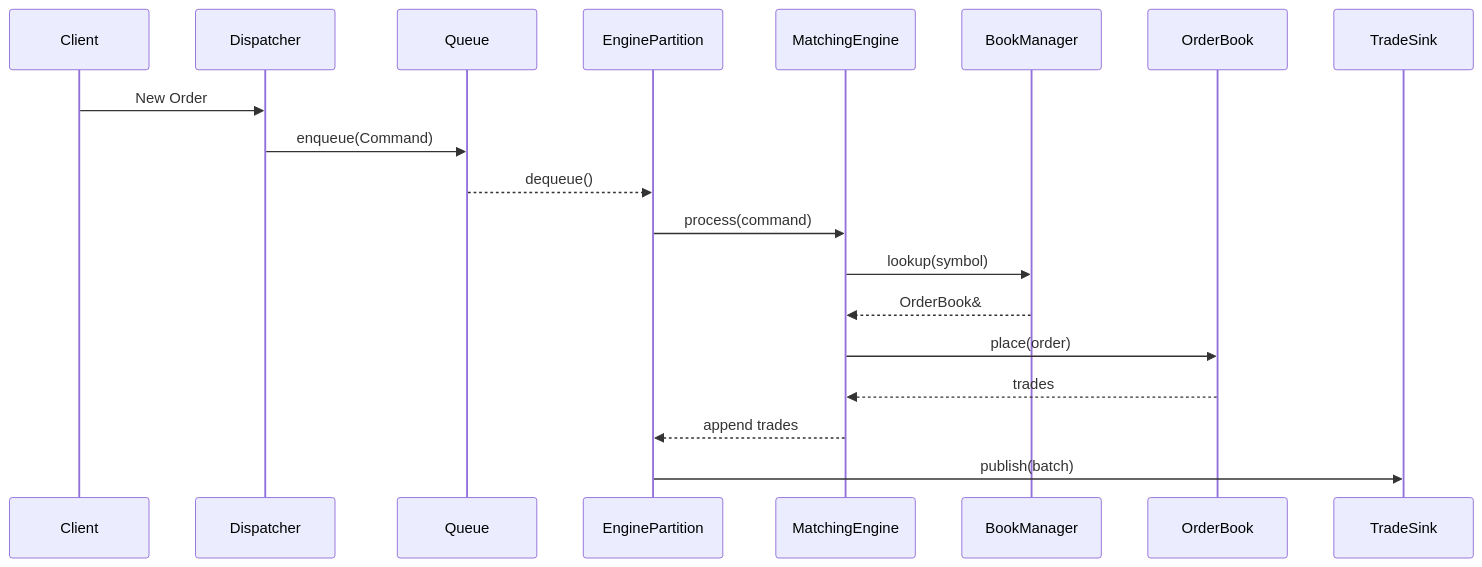
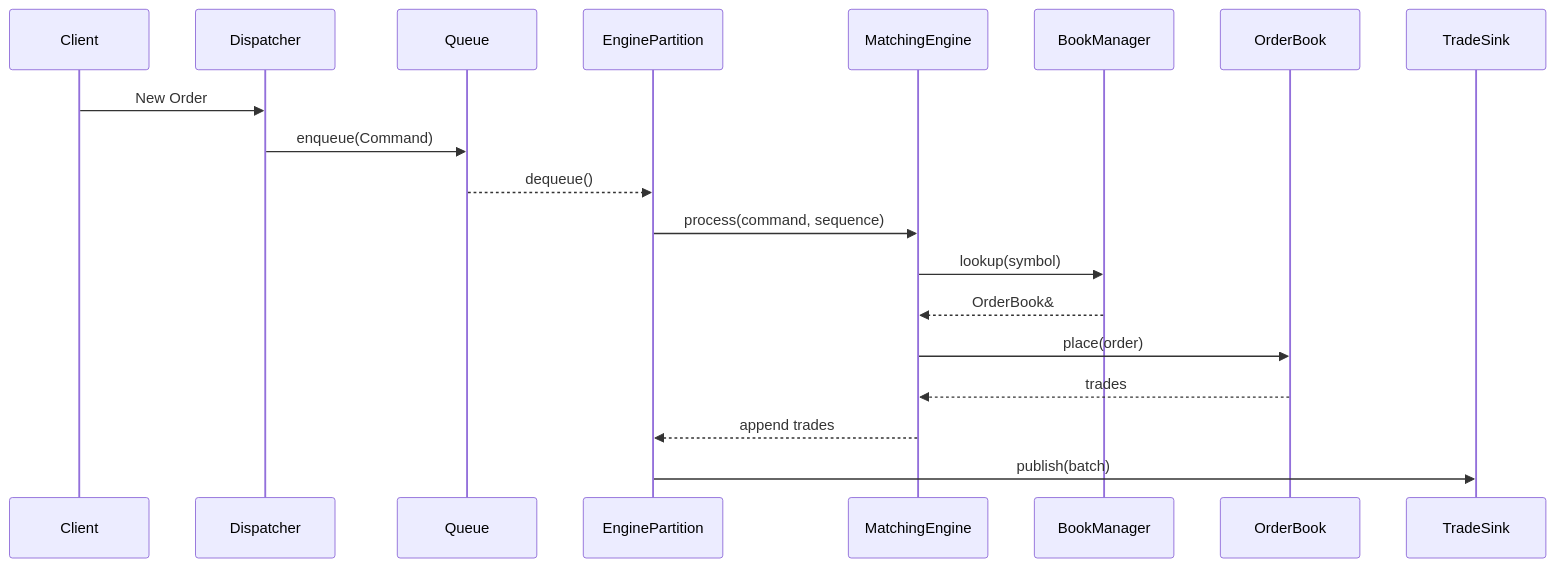
Before and after one commit to sleepyviper1213/exchange_engine: the third of 3 diagrams in docs/architecture.md, drawn with Mermaid. The commit also changed other lines of this file and 7 other files, not shown here.

````diff
--- a/docs/architecture.md
+++ b/docs/architecture.md
@@ -104,21 +104,21 @@
 ```mermaid
 sequenceDiagram
     participant Client
     participant Dispatcher
     participant Queue
     participant Partition as EnginePartition
     participant Matcher as MatchingEngine
     participant Books as BookManager
     participant Book as OrderBook
     participant Sink as TradeSink
     Client->>Dispatcher: New Order
     Dispatcher->>Queue: enqueue(Command)
     Queue-->>Partition: dequeue()
-    Partition->>Matcher: process(command)
+    Partition->>Matcher: process(command, sequence)
     Matcher->>Books: lookup(symbol)
     Books-->>Matcher: OrderBook&
     Matcher->>Book: place(order)
     Book-->>Matcher: trades
     Matcher-->>Partition: append trades
     Partition->>Sink: publish(batch)
 ```
````
